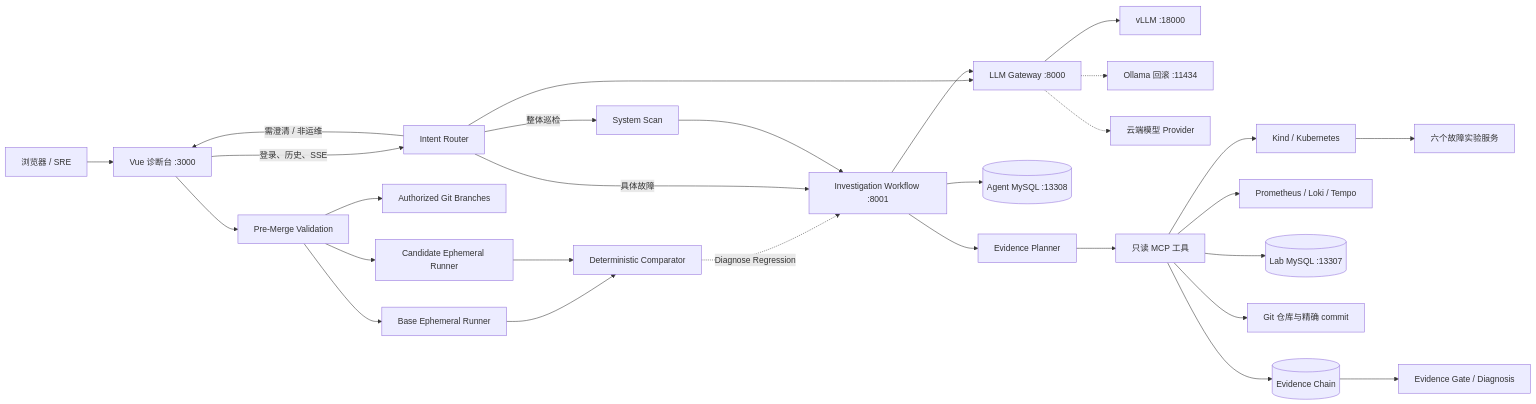
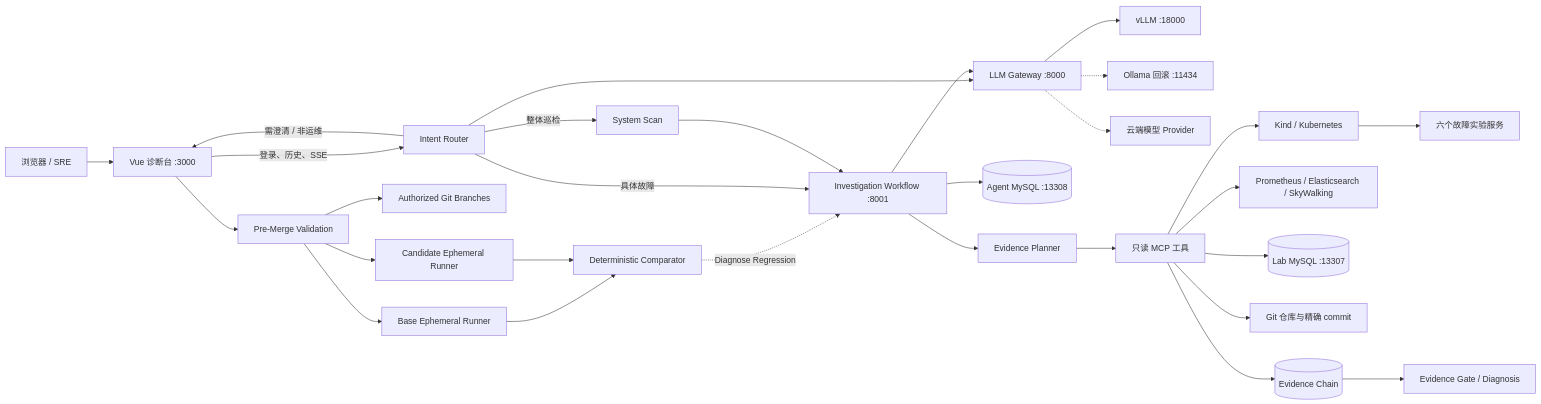
Before and after one commit to taxidriver4ever/SRE-Agent-platform: the first of 7 diagrams in README.md, drawn with Mermaid. The commit also changed other lines of this file and 102 other files, not shown here.

First line of the commit message:
feat(platform): migrate to ELK & SkyWalking observability stack and implement historical diagnosis search

````diff
--- a/README.md
+++ b/README.md
@@ -111,31 +115,31 @@
 ```mermaid
 flowchart LR
     U["浏览器 / SRE"] --> F["Vue 诊断台 :3000"]
     F -->|"登录、历史、SSE"| I["Intent Router"]
     F --> V["Pre-Merge Validation"]
     V --> GR["Authorized Git Branches"]
     V --> RB["Base Ephemeral Runner"]
     V --> RC["Candidate Ephemeral Runner"]
     RB --> VC["Deterministic Comparator"]
     RC --> VC
     VC -.->|"Diagnose Regression"| A
     I -->|"具体故障"| A["Investigation Workflow :8001"]
     I -->|"整体巡检"| SS["System Scan"]
     SS --> A
     I -->|"需澄清 / 非运维"| F
     I --> G["LLM Gateway :8000"]
     A --> G
     G --> VL["vLLM :18000"]
     G -.-> O["Ollama 回滚 :11434"]
     G -.-> P["云端模型 Provider"]
     A --> M[("Agent MySQL :13308")]
     A --> PL["Evidence Planner"]
     PL --> T["只读 MCP 工具"]
     T --> K["Kind / Kubernetes"]
-    T --> OBS["Prometheus / Loki / Tempo"]
+    T --> OBS["Prometheus / Elasticsearch / SkyWalking"]
     T --> DB[("Lab MySQL :13307")]
     T --> R["Git 仓库与精确 commit"]
     T --> E[("Evidence Chain")]
     E --> EG["Evidence Gate / Diagnosis"]
     K --> S["六个故障实验服务"]
 ```
````
